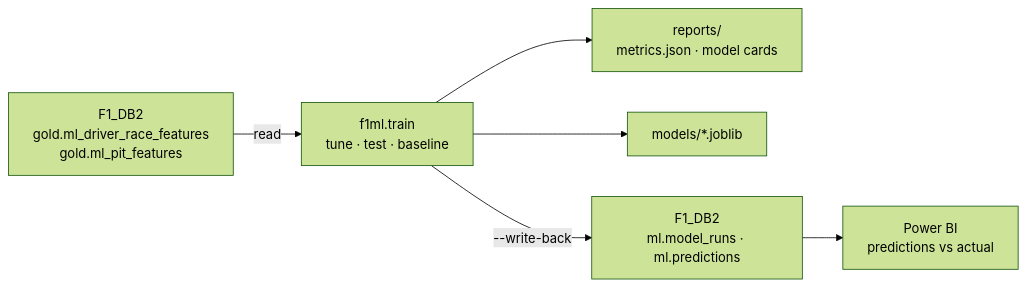
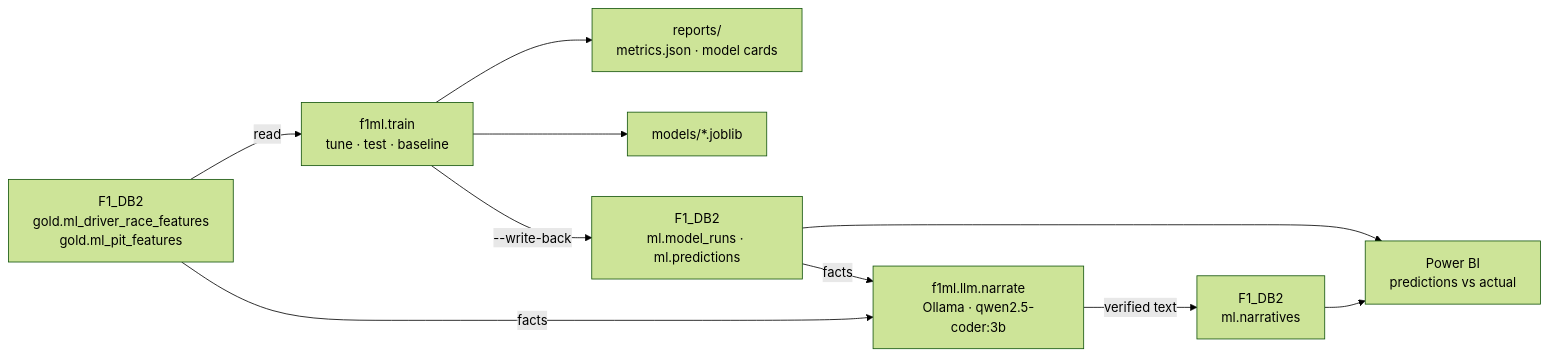
One commit to Sahil-Patel180/f1-analytics-ml changed the diagram in README.md. Above: the diagram before and after it, drawn with Mermaid (forest theme). The commit also changed other lines of this file and 12 other files, not shown here.

First line of the commit message:
Add local LLM narratives (Ollama) with fact verification; README results

````diff
--- a/README.md
+++ b/README.md
@@ -5,8 +5,12 @@
 ```mermaid
 flowchart LR
     G["F1_DB2<br/>gold.ml_driver_race_features<br/>gold.ml_pit_features"] -->|read| T["f1ml.train<br/>tune · test · baseline"]
     T --> R["reports/<br/>metrics.json · model cards"]
     T --> M["models/*.joblib"]
     T -->|--write-back| W["F1_DB2<br/>ml.model_runs · ml.predictions"]
     W --> PBI["Power BI<br/>predictions vs actual"]
+    G -->|facts| L["f1ml.llm.narrate<br/>Ollama · qwen2.5-coder:3b"]
+    W -->|facts| L
+    L -->|verified text| N["F1_DB2<br/>ml.narratives"]
+    N --> PBI
 ```
````
